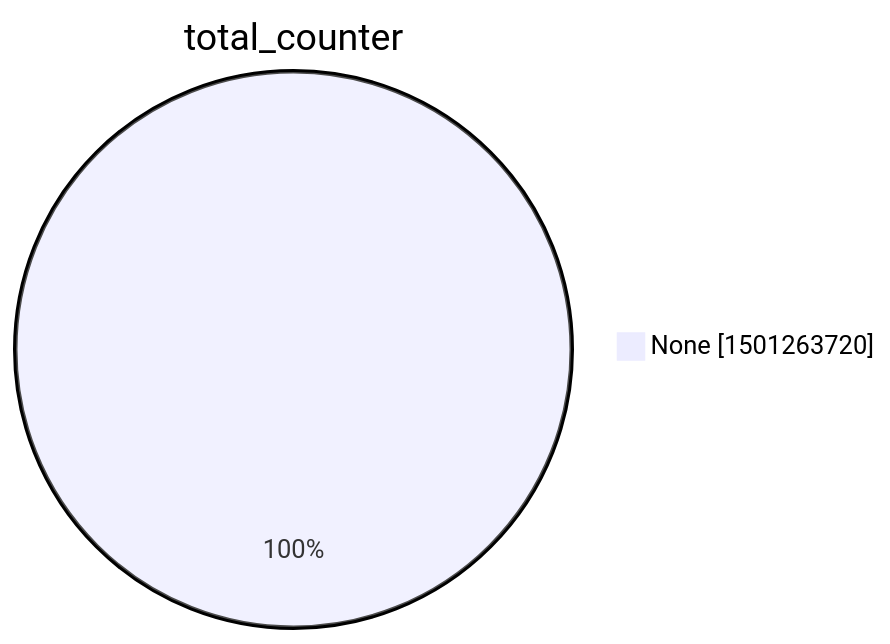
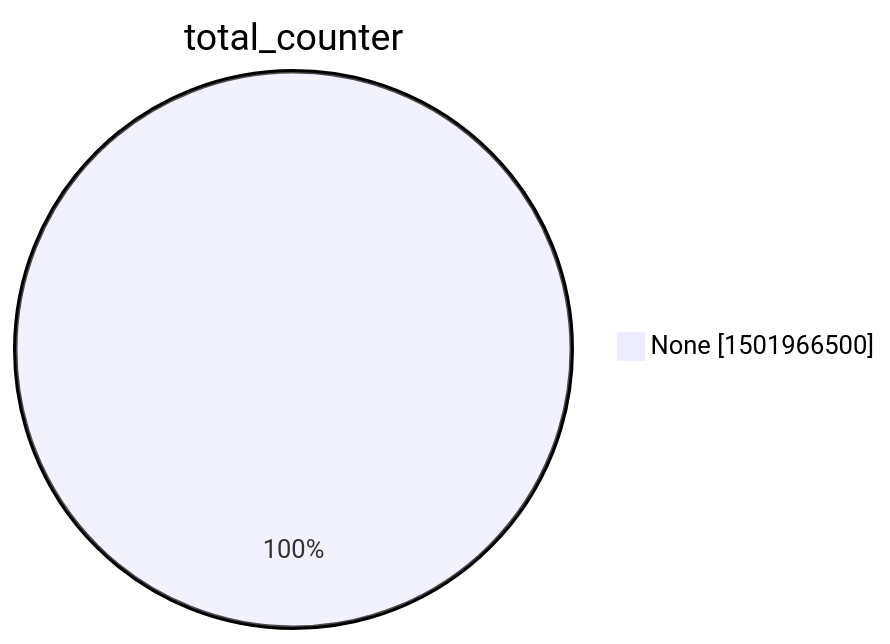
The second of 15 diagrams in xenon2022/README.md (christiankrug/ctmonitor_visualization), drawn with Mermaid before and after one commit. The commit also changed other lines of this file, not shown here.

````diff
--- a/xenon2022/README.md
+++ b/xenon2022/README.md
@@ -9,5 +9,5 @@
 ```mermaid
 pie showData
 title total_counter
-"None" :1501263720
+"None" :1501966500
 ```
````
